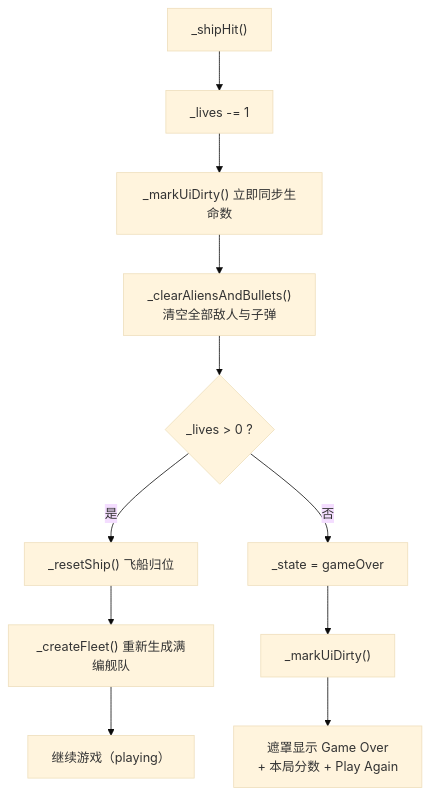
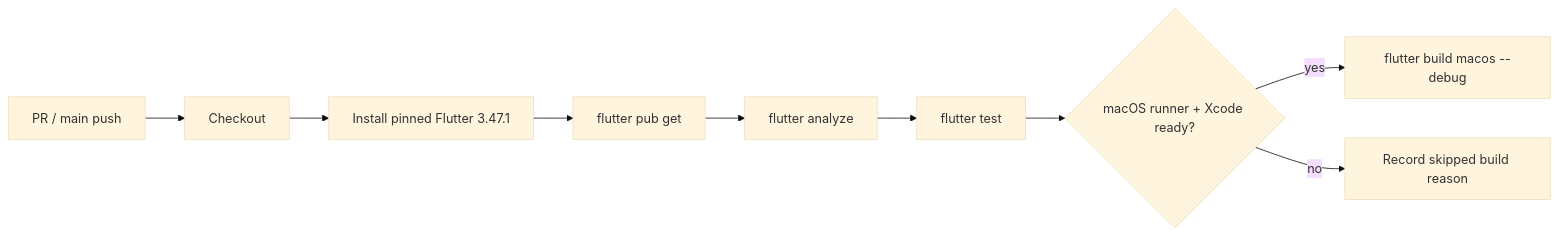
The fifth of 5 diagrams in Spec/Warship产品设计.md (cnjamescao/Warship_Flutter), drawn with Mermaid (base theme) before and after one commit. The commit also changed other lines of this file and 3 other files, not shown here.

````diff
--- a/Spec/Warship产品设计.md
+++ b/Spec/Warship产品设计.md
@@ -359,13 +376,11 @@
 ```mermaid
-flowchart TD
-    A["_shipHit()"] --> B["_lives -= 1"]
-    B --> C["_markUiDirty() 立即同步生命数"]
-    C --> D["_clearAliensAndBullets()<br/>清空全部敌人与子弹"]
-    D --> E{"_lives > 0 ?"}
-    E -- 是 --> F["_resetShip() 飞船归位"]
-    F --> G["_createFleet() 重新生成满编舰队"]
-    G --> H["继续游戏（playing）"]
-    E -- 否 --> I["_state = gameOver"]
-    I --> J["_markUiDirty()"]
-    J --> K["遮罩显示 Game Over<br/>+ 本局分数 + Play Again"]
+flowchart LR
+    A[PR / main push] --> B[Checkout]
+    B --> C[Install pinned Flutter 3.47.1]
+    C --> D[flutter pub get]
+    D --> E[flutter analyze]
+    E --> F[flutter test]
+    F --> G{macOS runner + Xcode ready?}
+    G -- yes --> H[flutter build macos --debug]
+    G -- no --> I[Record skipped build reason]
 ```
````
